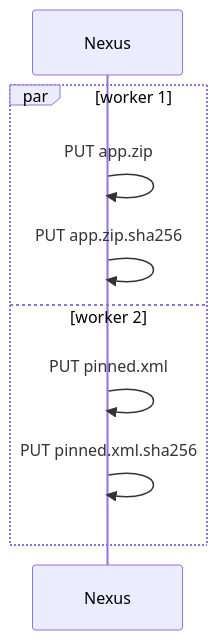
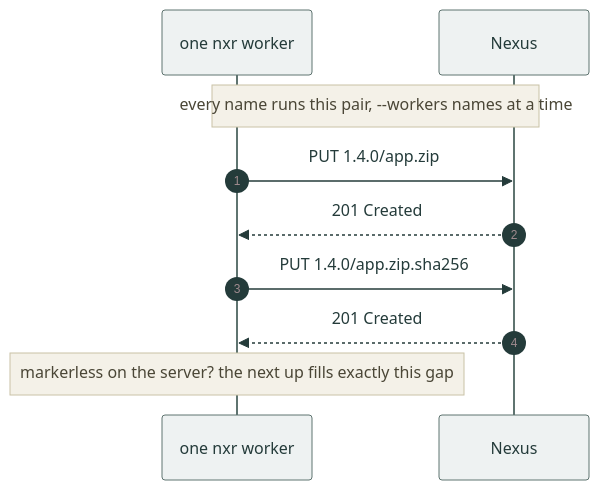
Before and after one commit to Lipen/nexus-raw: the diagram in docs/how-to/publish.md, drawn with Mermaid. The commit also changed other lines of this file and 11 other files, not shown here.

````diff
--- a/docs/how-to/publish.md
+++ b/docs/how-to/publish.md
@@ -48,11 +74,13 @@
 ```mermaid
+%%{init: {"theme": "base", "themeVariables": {"primaryColor": "#eef2f2", "primaryTextColor": "#243b3a", "primaryBorderColor": "#5f7470", "lineColor": "#5f7470", "noteBkgColor": "#f4f1e8", "noteTextColor": "#4a4636", "noteBorderColor": "#c9c2a6", "fontFamily": "inherit"}}}%%
 sequenceDiagram
-  participant N as Nexus
-  par worker 1
-    N->>N: PUT app.zip
-    N->>N: PUT app.zip.sha256
-  and worker 2
-    N->>N: PUT pinned.xml
-    N->>N: PUT pinned.xml.sha256
-  end
+    autonumber
+    participant W as one nxr worker
+    participant N as Nexus
+    note over W,N: every name runs this pair, --workers names at a time
+    W->>N: PUT 1.4.0/app.zip
+    N-->>W: 201 Created
+    W->>N: PUT 1.4.0/app.zip.sha256
+    N-->>W: 201 Created
+    note over W: markerless on the server? the next up fills exactly this gap
 ```
````
